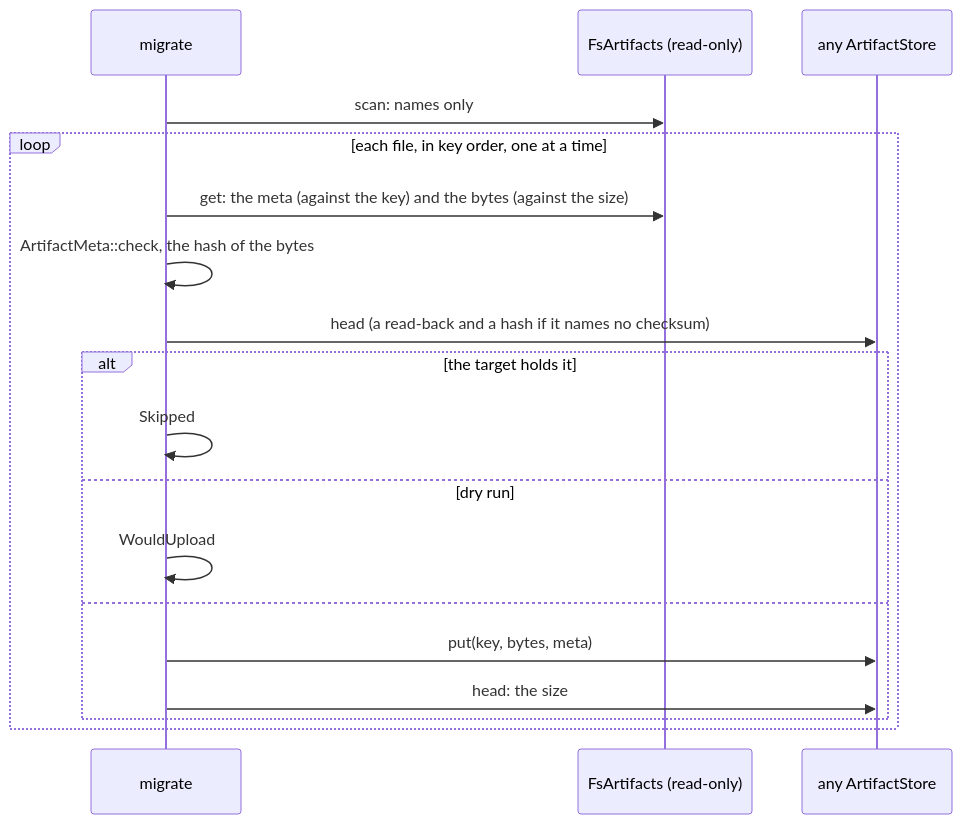
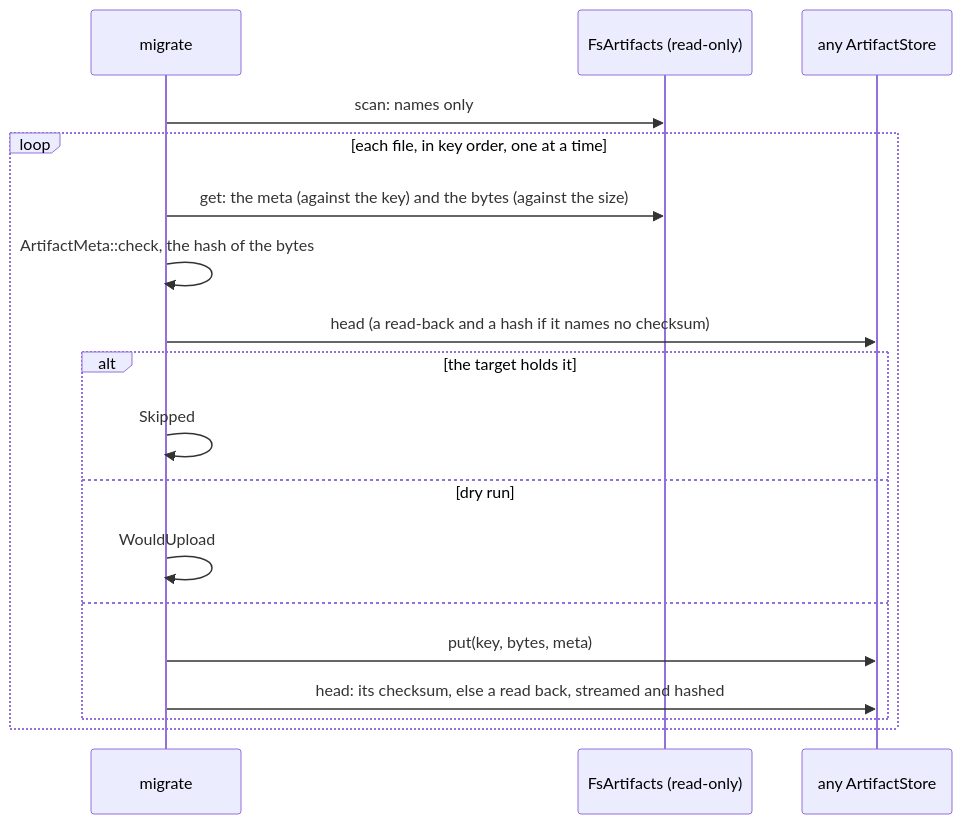
The first of 2 diagrams in orchestrator/crates/artifacts-fs/README.md (vymalo/another-agentic-system), drawn with Mermaid before and after one commit. The commit also changed other lines of this file and 7 other files, not shown here.

````diff
--- a/orchestrator/crates/artifacts-fs/README.md
+++ b/orchestrator/crates/artifacts-fs/README.md
@@ -63,20 +63,20 @@
 ```mermaid
 sequenceDiagram
   participant M as migrate
   participant F as FsArtifacts (read-only)
   participant T as any ArtifactStore
   M->>F: scan: names only
   loop each file, in key order, one at a time
     M->>F: get: the meta (against the key) and the bytes (against the size)
     M->>M: ArtifactMeta::check, the hash of the bytes
     M->>T: head (a read-back and a hash if it names no checksum)
     alt the target holds it
       M->>M: Skipped
     else dry run
       M->>M: WouldUpload
     else
       M->>T: put(key, bytes, meta)
-      M->>T: head: the size
+      M->>T: head: its checksum, else a read back, streamed and hashed
     end
   end
 ```
````
